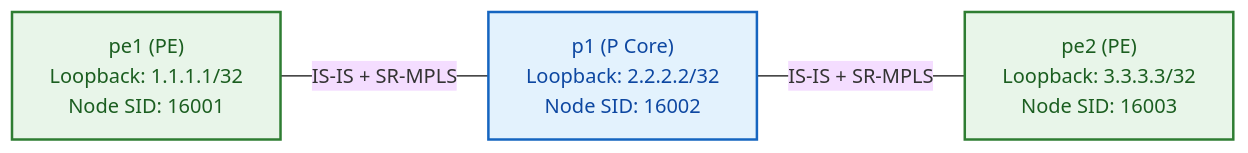
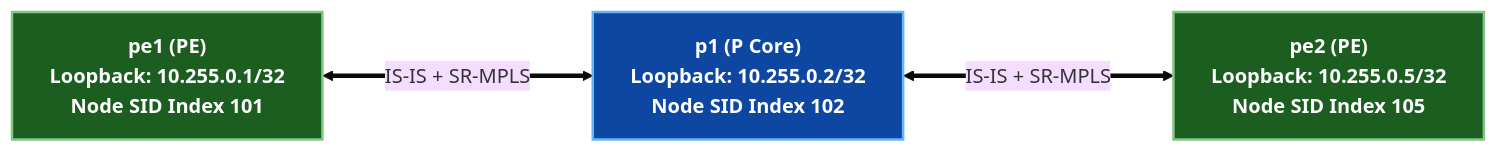
The diagram in docs/courses/035-segment-routing/lab-01-sr-mpls-sids.md (etherhtun/netforge-labs), drawn with Mermaid (base theme) before and after one commit. The commit also changed other lines of this file and 16 other files, not shown here.

````diff
--- a/docs/courses/035-segment-routing/lab-01-sr-mpls-sids.md
+++ b/docs/courses/035-segment-routing/lab-01-sr-mpls-sids.md
@@ -13,10 +30,10 @@
 ```mermaid
 graph LR
-    PE1["pe1 (PE)<br/>Loopback: 1.1.1.1/32<br/>Node SID: 16001"] ---|IS-IS + SR-MPLS| P1["p1 (P Core)<br/>Loopback: 2.2.2.2/32<br/>Node SID: 16002"]
-    P1 ---|IS-IS + SR-MPLS| PE2["pe2 (PE)<br/>Loopback: 3.3.3.3/32<br/>Node SID: 16003"]
+    PE1["pe1 (PE)<br/>Loopback: 10.255.0.1/32<br/>Node SID Index 101"] <===>|IS-IS + SR-MPLS| P1["p1 (P Core)<br/>Loopback: 10.255.0.2/32<br/>Node SID Index 102"]
+    P1 <===>|IS-IS + SR-MPLS| PE2["pe2 (PE)<br/>Loopback: 10.255.0.5/32<br/>Node SID Index 105"]
 
-    classDef pe fill:#e8f5e9,stroke:#2e7d32,color:#1b5e20,stroke-width:2px;
-    classDef p fill:#e3f2fd,stroke:#1565c0,color:#0d47a1,stroke-width:2px;
+    classDef pe fill:#1b5e20,stroke:#81c784,color:#ffffff,stroke-width:2px,font-weight:bold;
+    classDef p fill:#0d47a1,stroke:#64b5f6,color:#ffffff,stroke-width:2px,font-weight:bold;
 
     class PE1,PE2 pe; class P1 p;
 ```
````
